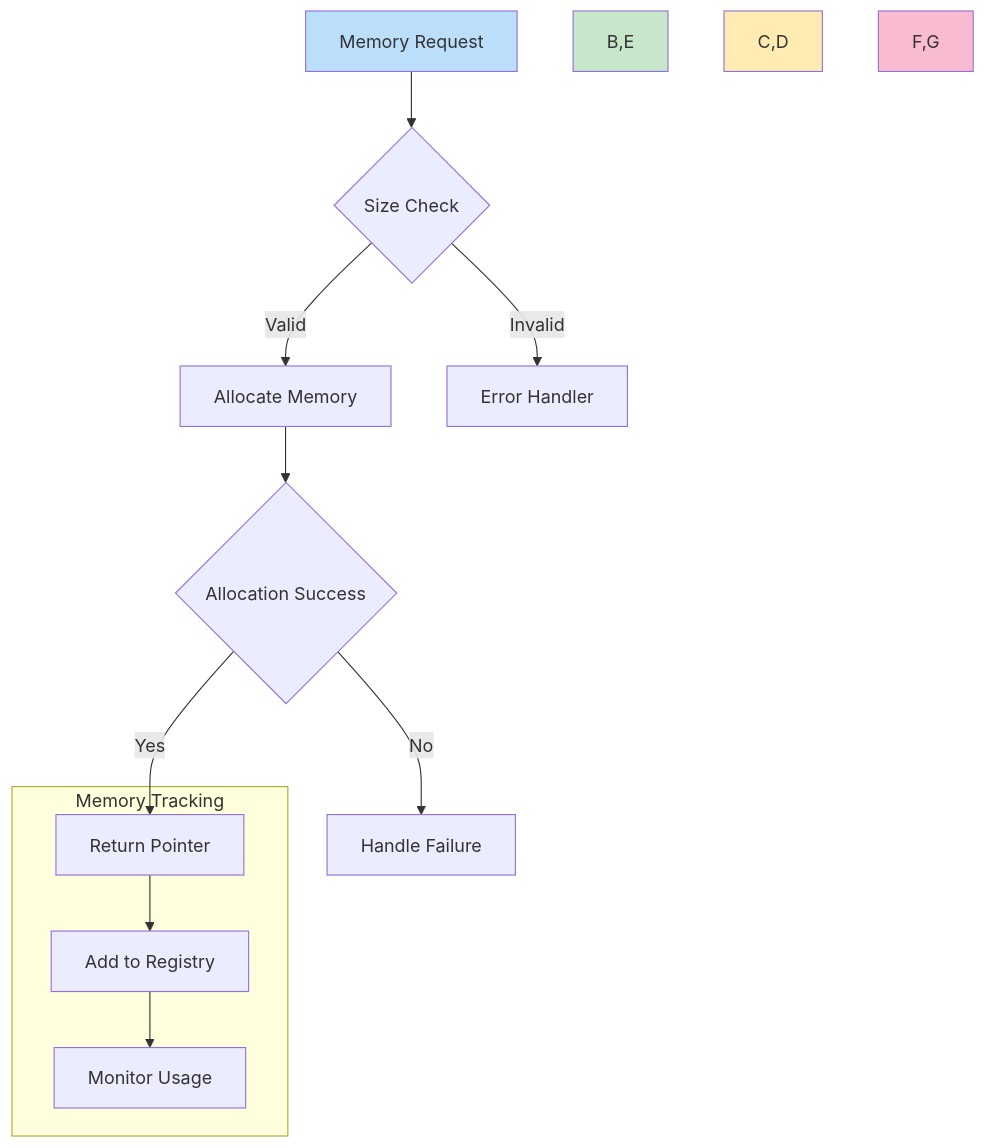
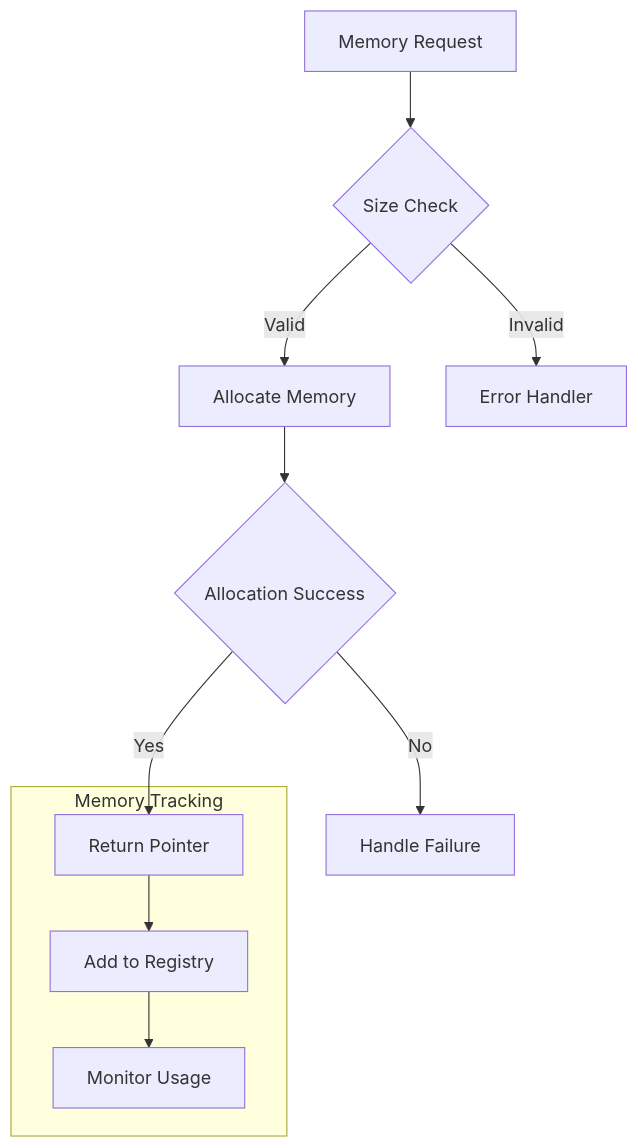
Diagram 15 of 17 in Docs/DevelopmentGuide/DETAILED_IMPLEMENTATION.md (LGICCommunity/NoteCLI), drawn with Mermaid before and after one commit. The commit also changed other lines of this file and 1 other file, not shown here.

````diff
--- a/Docs/DevelopmentGuide/DETAILED_IMPLEMENTATION.md
+++ b/Docs/DevelopmentGuide/DETAILED_IMPLEMENTATION.md
@@ -387,20 +362,16 @@
 ```mermaid
 flowchart TD
     A[Memory Request] --> B{Size Check}
     B -->|Valid| C[Allocate Memory]
     B -->|Invalid| D[Error Handler]
     
     C --> E{Allocation Success}
     E -->|Yes| F[Return Pointer]
     E -->|No| G[Handle Failure]
     
     subgraph "Memory Tracking"
         F --> H[Add to Registry]
         H --> I[Monitor Usage]
     end
     
-    style A fill:#bbdefb
-    style B,E fill:#c8e6c9
-    style C,D fill:#ffecb3
-    style F,G fill:#f8bbd0
 ```
````
